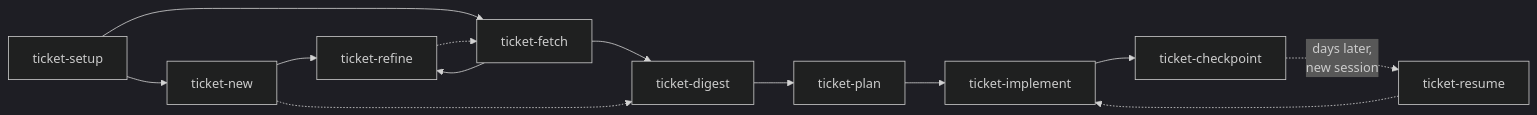
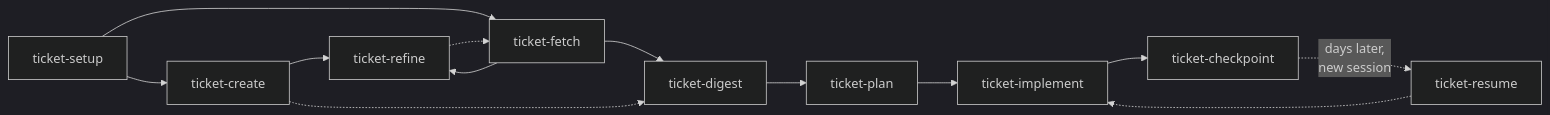
Before and after one commit to AlexCR97/.claude: the first of 2 diagrams in skills/ticket-common/WORKFLOW.md, drawn with Mermaid (dark theme). The commit also changed other lines of this file and 11 other files, not shown here.

First line of the commit message:
chore(ticket)!: rename ticket-new to ticket-create

````diff
--- a/skills/ticket-common/WORKFLOW.md
+++ b/skills/ticket-common/WORKFLOW.md
@@ -5,15 +5,15 @@
 ```mermaid
 flowchart LR
-    INIT[ticket-setup] --> NEW[ticket-new]
+    INIT[ticket-setup] --> NEW[ticket-create]
     INIT --> FETCH[ticket-fetch]
     NEW --> REFINE[ticket-refine]
     FETCH --> REFINE
     REFINE -.-> FETCH
     FETCH --> DIGEST[ticket-digest]
     NEW -.-> DIGEST
     DIGEST --> PLAN[ticket-plan]
     PLAN --> IMPLEMENT[ticket-implement]
     IMPLEMENT --> CHECKPOINT[ticket-checkpoint]
     CHECKPOINT -.->|"days later,\nnew session"| RESUME[ticket-resume]
     RESUME -.-> IMPLEMENT
 ```
````
